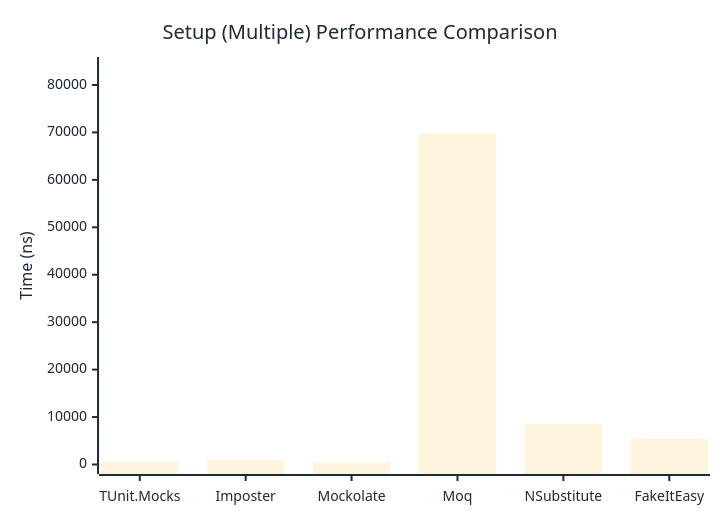
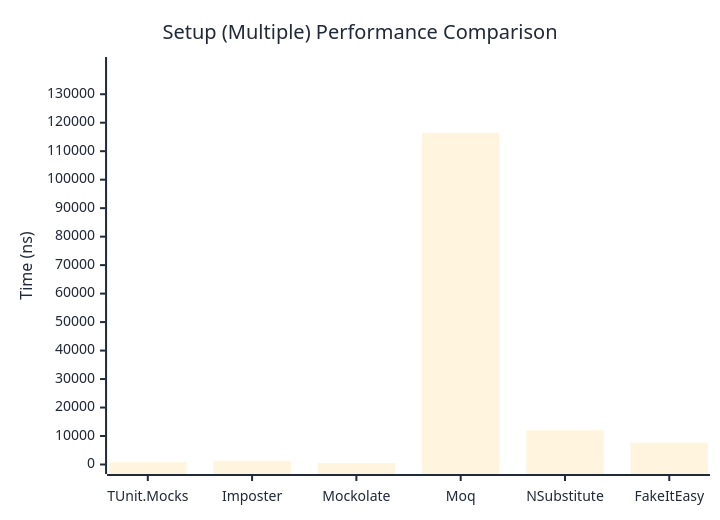
Before and after one commit to thomhurst/TUnit: the second of 2 diagrams in docs/docs/benchmarks/mocks/Setup.md, drawn with Mermaid. The commit also changed other lines of this file and 14 other files, not shown here.

````diff
--- a/docs/docs/benchmarks/mocks/Setup.md
+++ b/docs/docs/benchmarks/mocks/Setup.md
@@ -71,27 +71,27 @@
 ```mermaid
 %%{init: {
   'theme':'base',
   'themeVariables': {
     'primaryColor': '#2563eb',
     'primaryTextColor': '#1f2937',
     'primaryBorderColor': '#1e40af',
     'lineColor': '#6b7280',
     'secondaryColor': '#7c3aed',
     'tertiaryColor': '#dc2626',
     'background': '#ffffff',
     'pie1': '#2563eb',
     'pie2': '#7c3aed',
     'pie3': '#dc2626',
     'pie4': '#f59e0b',
     'pie5': '#10b981',
     'pie6': '#06b6d4',
     'pie7': '#ec4899',
     'pie8': '#6366f1'
   }
 }}%%
 xychart-beta
   title "Setup (Multiple) Performance Comparison"
   x-axis ["TUnit.Mocks", "Imposter", "Mockolate", "Moq", "NSubstitute", "FakeItEasy"]
-  y-axis "Time (ns)" 0 --> 83894
-  bar [633, 1065.4, 439.1, 69911, 8538, 5405]
+  y-axis "Time (ns)" 0 --> 139736
+  bar [781.1, 1344.7, 554.7, 116446.6, 12051.2, 7670.5]
 ```
````
